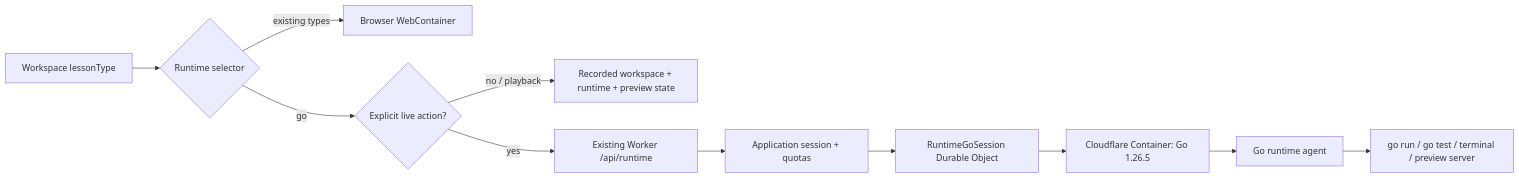
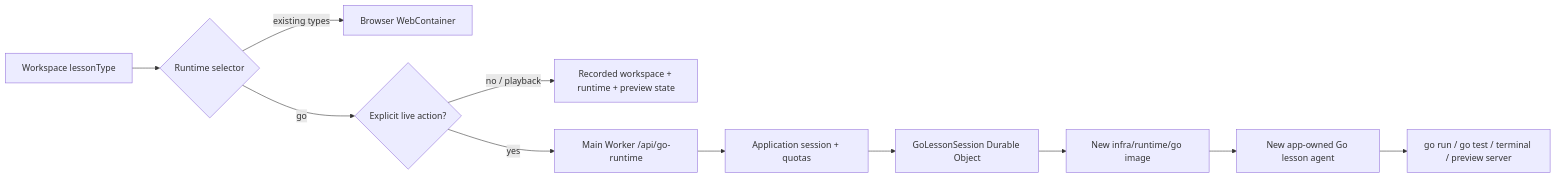
The diagram in docs/go-lessons-selective-runtime-plan.md (channyeintun/next-editor), drawn with Mermaid before and after one commit. The commit also changed other lines of this file, not shown here.

Commit message:
docs: separate Go lesson runtime integration

````diff
--- a/docs/go-lessons-selective-runtime-plan.md
+++ b/docs/go-lessons-selective-runtime-plan.md
@@ -135,13 +156,13 @@
 ```mermaid
 flowchart LR
     Lesson[Workspace lessonType] --> Select{Runtime selector}
     Select -->|existing types| WC[Browser WebContainer]
     Select -->|go| Lazy{Explicit live action?}
     Lazy -->|no / playback| Recorded[Recorded workspace + runtime + preview state]
-    Lazy -->|yes| API[Existing Worker /api/runtime]
+    Lazy -->|yes| API[Main Worker /api/go-runtime]
     API --> Auth[Application session + quotas]
-    Auth --> DO[RuntimeGoSession Durable Object]
-    DO --> Container[Cloudflare Container: Go 1.26.5]
-    Container --> Agent[Go runtime agent]
+    Auth --> DO[GoLessonSession Durable Object]
+    DO --> Container[New infra/runtime/go image]
+    Container --> Agent[New app-owned Go lesson agent]
     Agent --> Tools[go run / go test / terminal / preview server]
 ```
````
